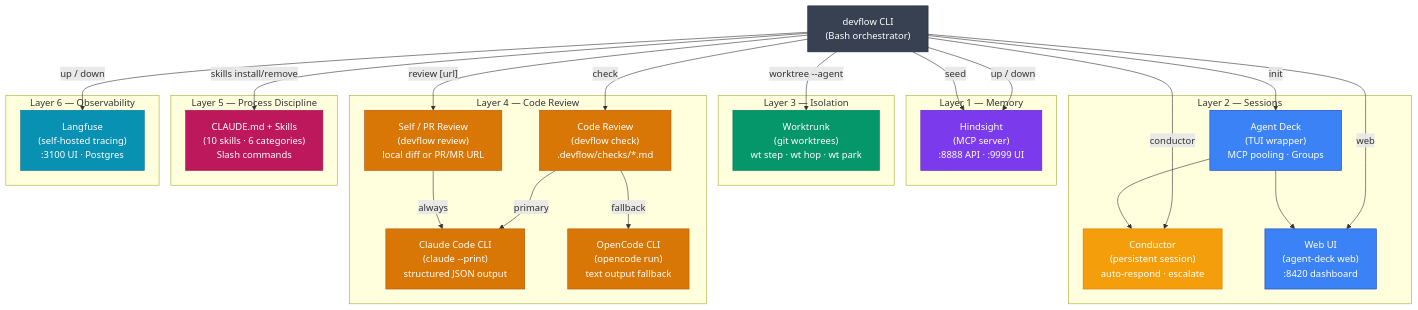
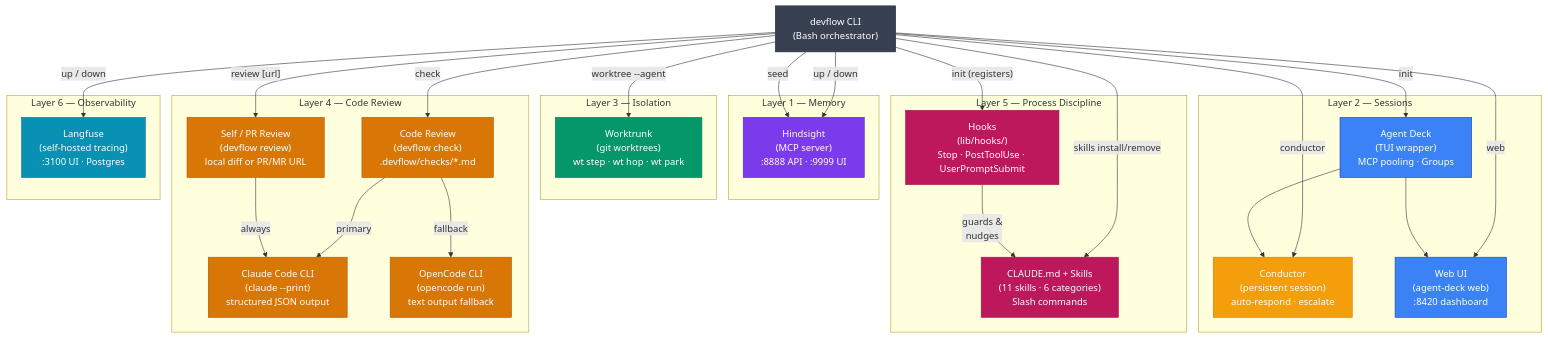
Before and after one commit to AndreJorgeLopes/devflow: the first of 3 diagrams in visualizations/architecture/devflow-ecosystem.md, drawn with Mermaid. The commit also changed other lines of this file and 3 other files, not shown here.

First line of the commit message:
docs: update visualizations for hooks architecture and viz check step

````diff
--- a/visualizations/architecture/devflow-ecosystem.md
+++ b/visualizations/architecture/devflow-ecosystem.md
@@ -27,69 +27,72 @@
 ```mermaid
 %%{init: {'flowchart': {'rankSpacing': 50, 'nodeSpacing': 30, 'diagramPadding': 15}}}%%
 graph TD
     CLI["devflow CLI<br/>(Bash orchestrator)"]
 
     subgraph L1 [" Layer 1 — Memory "]
         HS["Hindsight<br/>(MCP server)<br/>:8888 API · :9999 UI"]
     end
 
     subgraph L2 [" Layer 2 — Sessions "]
         AD["Agent Deck<br/>(TUI wrapper)<br/>MCP pooling · Groups"]
         COND["Conductor<br/>(persistent session)<br/>auto-respond · escalate"]
         WEB["Web UI<br/>(agent-deck web)<br/>:8420 dashboard"]
     end
 
     subgraph L3 [" Layer 3 — Isolation "]
         WT["Worktrunk<br/>(git worktrees)<br/>wt step · wt hop · wt park"]
     end
 
     subgraph L4 [" Layer 4 — Code Review "]
         CR["Code Review<br/>(devflow check)<br/>.devflow/checks/*.md"]
         RV["Self / PR Review<br/>(devflow review)<br/>local diff or PR/MR URL"]
         CR_CLAUDE["Claude Code CLI<br/>(claude --print)<br/>structured JSON output"]
         CR_OPENCODE["OpenCode CLI<br/>(opencode run)<br/>text output fallback"]
         CR -->|"primary"| CR_CLAUDE
         CR -->|"fallback"| CR_OPENCODE
         RV -->|"always"| CR_CLAUDE
     end
 
     subgraph L5 [" Layer 5 — Process Discipline "]
-        SK["CLAUDE.md + Skills<br/>(10 skills · 6 categories)<br/>Slash commands"]
+        SK["CLAUDE.md + Skills<br/>(11 skills · 6 categories)<br/>Slash commands"]
+        HK["Hooks<br/>(lib/hooks/)<br/>Stop · PostToolUse · UserPromptSubmit"]
     end
 
     subgraph L6 [" Layer 6 — Observability "]
         LF["Langfuse<br/>(self-hosted tracing)<br/>:3100 UI · Postgres"]
     end
 
     CLI -->|"up / down"| HS
     CLI -->|"up / down"| LF
     CLI -->|"worktree --agent"| WT
     CLI -->|"check"| CR
     CLI -->|"review [url]"| RV
     CLI -->|"skills install/remove"| SK
+    CLI -->|"init (registers)"| HK
+    HK -->|"guards &<br/>nudges"| SK
     CLI -->|"seed"| HS
     CLI -->|"init"| AD
     CLI -->|"conductor"| COND
     CLI -->|"web"| WEB
     AD --> COND
     AD --> WEB
 
     classDef hindsightStyle fill:#7c3aed,color:#fff,stroke:#5b21b6
     classDef agentDeckStyle fill:#3b82f6,color:#fff,stroke:#1e40af
     classDef worktrunkStyle fill:#059669,color:#fff,stroke:#047857
     classDef reviewStyle fill:#d97706,color:#fff,stroke:#b45309
     classDef skillsStyle fill:#be185d,color:#fff,stroke:#9d174d
     classDef langfuseStyle fill:#0891b2,color:#fff,stroke:#0e7490
     classDef cliStyle fill:#374151,color:#fff,stroke:#1f2937
     classDef conductorStyle fill:#f59e0b,color:#fff,stroke:#d97706
 
     class HS hindsightStyle
     class AD agentDeckStyle
     class WT worktrunkStyle
     class CR,RV,CR_CLAUDE,CR_OPENCODE reviewStyle
-    class SK skillsStyle
+    class SK,HK skillsStyle
     class LF langfuseStyle
     class CLI cliStyle
     class COND conductorStyle
     class WEB agentDeckStyle
 ```
````
